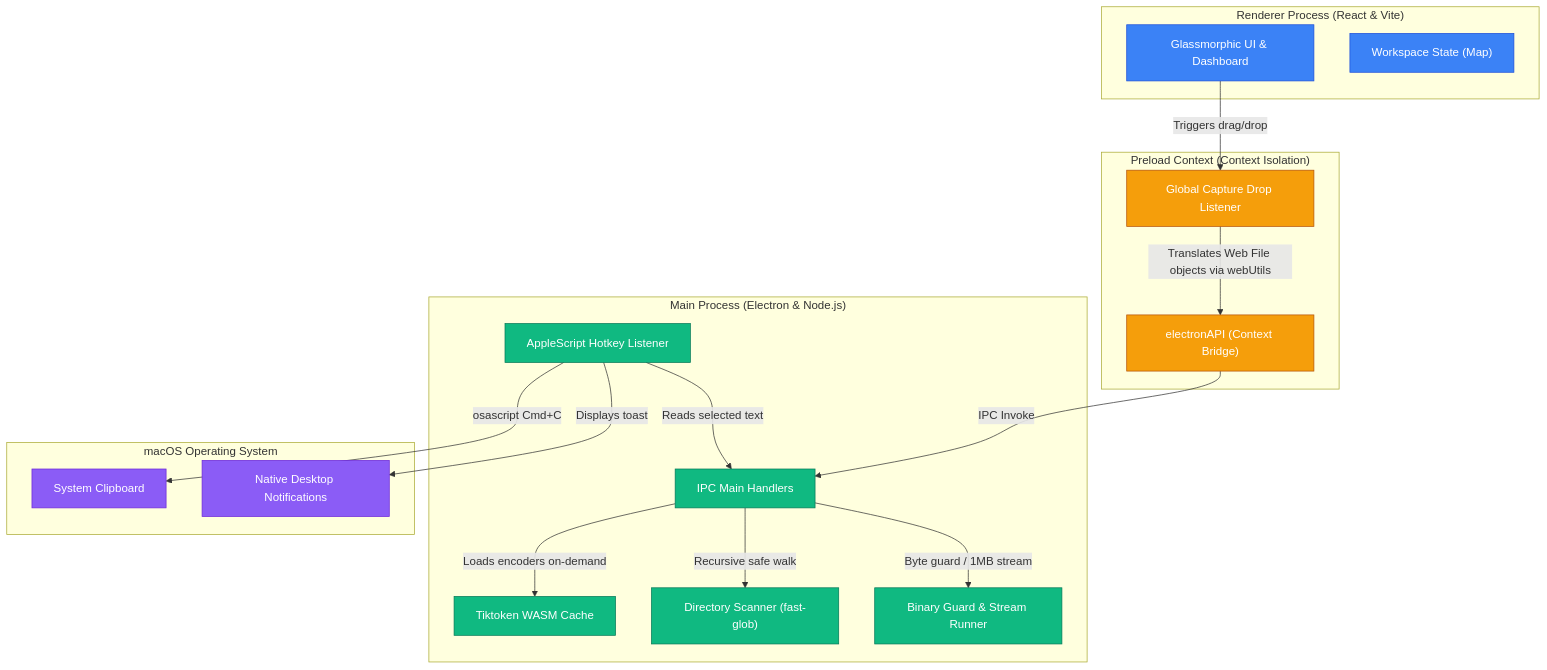
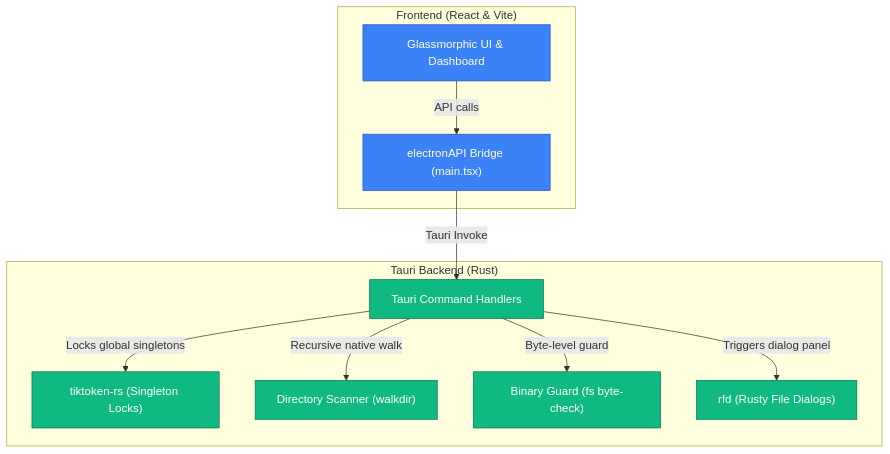
Before and after one commit to SuhaasNandeesh/token-calculator: the diagram in README.md, drawn with Mermaid. The commit also changed other lines of this file, not shown here.

Commit message:
docs: rewrite README.md for Tauri v2 + Rust and document Gatekeeper resolution

````diff
--- a/README.md
+++ b/README.md
@@ -24,43 +34,30 @@
 ```mermaid
 graph TD
     %% Styling
     classDef renderer fill:#3b82f6,stroke:#1d4ed8,color:#fff;
     classDef main fill:#10b981,stroke:#047857,color:#fff;
     classDef preload fill:#f59e0b,stroke:#b45309,color:#fff;
     classDef external fill:#8b5cf6,stroke:#6d28d9,color:#fff;
 
     %% Nodes
-    subgraph Renderer ["Renderer Process (React & Vite)"]
+    subgraph Renderer ["Frontend (React & Vite)"]
         UI["Glassmorphic UI & Dashboard"]:::renderer
-        Workspace["Workspace State (Map)"]:::renderer
+        Bridge["electronAPI Bridge (main.tsx)"]:::renderer
     end
 
-    subgraph Preload ["Preload Context (Context Isolation)"]
-        Bridge["electronAPI (Context Bridge)"]:::preload
-        DropEvent["Global Capture Drop Listener"]:::preload
-    end
-
-    subgraph Main ["Main Process (Electron & Node.js)"]
-        IPC["IPC Main Handlers"]:::main
-        WASM["Tiktoken WASM Cache"]:::main
-        Scanner["Directory Scanner (fast-glob)"]:::main
-        Guard["Binary Guard & Stream Runner"]:::main
-        Hotkey["AppleScript Hotkey Listener"]:::main
-    end
-
-    subgraph System ["macOS Operating System"]
-        Clipboard["System Clipboard"]:::external
-        Notification["Native Desktop Notifications"]:::external
+    subgraph Backend ["Tauri Backend (Rust)"]
+        Command["Tauri Command Handlers"]:::main
+        Tiktoken["tiktoken-rs (Singleton Locks)"]:::main
+        Scanner["Directory Scanner (walkdir)"]:::main
+        Guard["Binary Guard (fs byte-check)"]:::main
+        Dialog["rfd (Rusty File Dialogs)"]:::main
     end
 
     %% Connections
-    UI -->|Triggers drag/drop| DropEvent
-    DropEvent -->|Translates Web File objects via webUtils| Bridge
-    Bridge -->|IPC Invoke| IPC
-    IPC -->|Loads encoders on-demand| WASM
-    IPC -->|Recursive safe walk| Scanner
-    IPC -->|Byte guard / 1MB stream| Guard
-    Hotkey -->|osascript Cmd+C| Clipboard
-    Hotkey -->|Reads selected text| IPC
-    Hotkey -->|Displays toast| Notification
+    UI -->|API calls| Bridge
+    Bridge -->|Tauri Invoke| Command
+    Command -->|Locks global singletons| Tiktoken
+    Command -->|Recursive native walk| Scanner
+    Command -->|Byte-level guard| Guard
+    Command -->|Triggers dialog panel| Dialog
 ```
````
